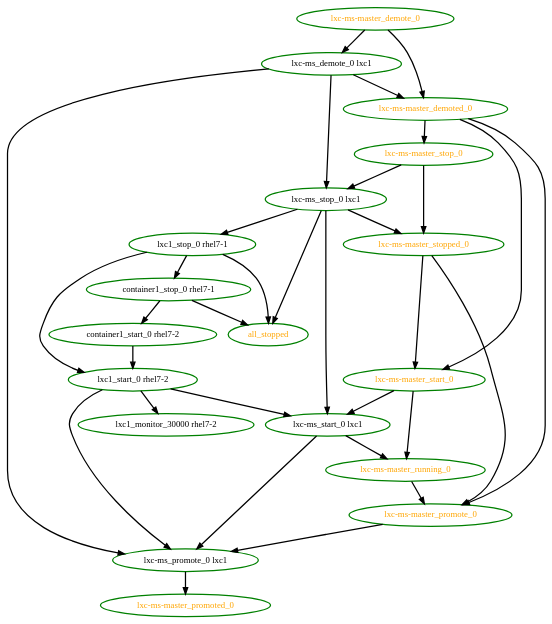
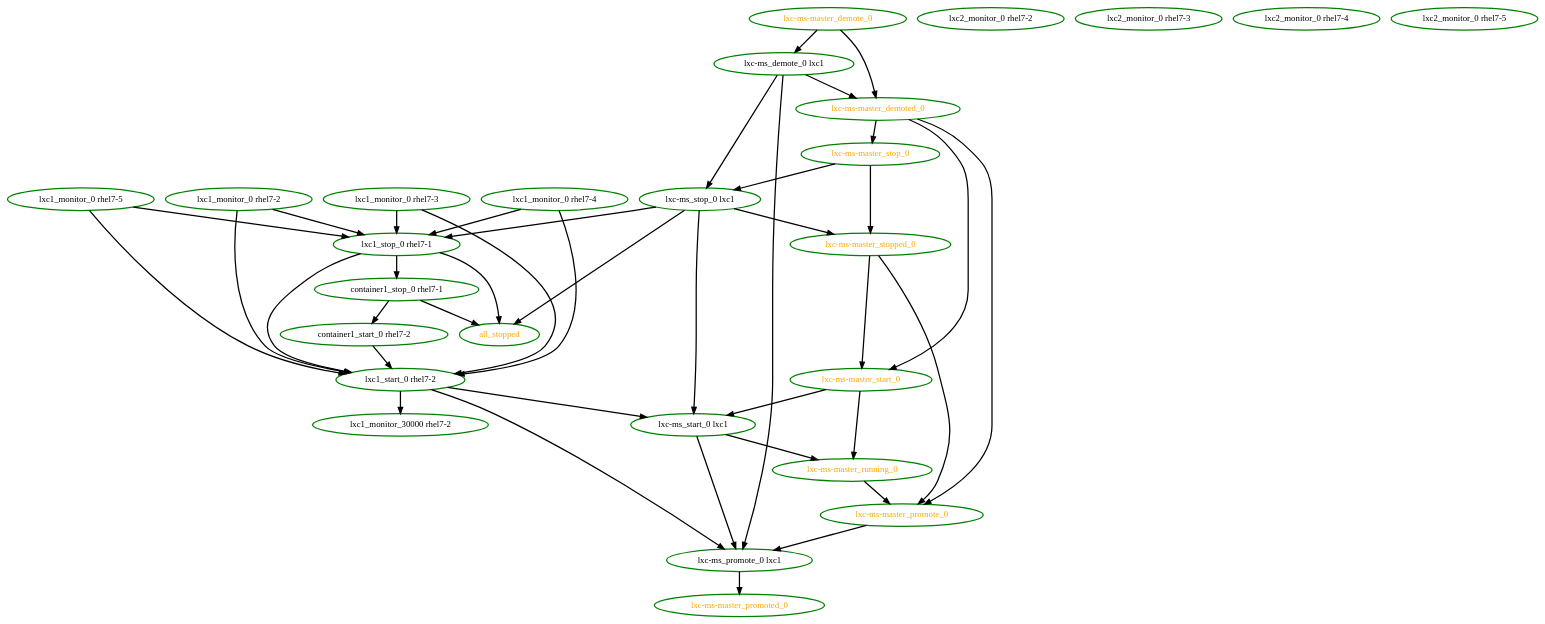
Before and after one commit to ClusterLabs/pacemaker: the diagram in pengine/test10/whitebox-ms-ordering-move.dot, drawn with Graphviz. The commit also changed 23 other files, not shown here.

```diff
--- a/pengine/test10/whitebox-ms-ordering-move.dot
+++ b/pengine/test10/whitebox-ms-ordering-move.dot
@@ -1,52 +1,68 @@
 digraph "g" {
 "all_stopped" [ style=bold color="green" fontcolor="orange"]
 "container1_start_0 rhel7-2" -> "lxc1_start_0 rhel7-2" [ style = bold]
 "container1_start_0 rhel7-2" [ style=bold color="green" fontcolor="black"]
 "container1_stop_0 rhel7-1" -> "all_stopped" [ style = bold]
 "container1_stop_0 rhel7-1" -> "container1_start_0 rhel7-2" [ style = bold]
 "container1_stop_0 rhel7-1" [ style=bold color="green" fontcolor="black"]
 "lxc-ms-master_demote_0" -> "lxc-ms-master_demoted_0" [ style = bold]
 "lxc-ms-master_demote_0" -> "lxc-ms_demote_0 lxc1" [ style = bold]
 "lxc-ms-master_demote_0" [ style=bold color="green" fontcolor="orange"]
 "lxc-ms-master_demoted_0" -> "lxc-ms-master_promote_0" [ style = bold]
 "lxc-ms-master_demoted_0" -> "lxc-ms-master_start_0" [ style = bold]
 "lxc-ms-master_demoted_0" -> "lxc-ms-master_stop_0" [ style = bold]
 "lxc-ms-master_demoted_0" [ style=bold color="green" fontcolor="orange"]
 "lxc-ms-master_promote_0" -> "lxc-ms_promote_0 lxc1" [ style = bold]
 "lxc-ms-master_promote_0" [ style=bold color="green" fontcolor="orange"]
 "lxc-ms-master_promoted_0" [ style=bold color="green" fontcolor="orange"]
 "lxc-ms-master_running_0" -> "lxc-ms-master_promote_0" [ style = bold]
 "lxc-ms-master_running_0" [ style=bold color="green" fontcolor="orange"]
 "lxc-ms-master_start_0" -> "lxc-ms-master_running_0" [ style = bold]
 "lxc-ms-master_start_0" -> "lxc-ms_start_0 lxc1" [ style = bold]
 "lxc-ms-master_start_0" [ style=bold color="green" fontcolor="orange"]
 "lxc-ms-master_stop_0" -> "lxc-ms-master_stopped_0" [ style = bold]
 "lxc-ms-master_stop_0" -> "lxc-ms_stop_0 lxc1" [ style = bold]
 "lxc-ms-master_stop_0" [ style=bold color="green" fontcolor="orange"]
 "lxc-ms-master_stopped_0" -> "lxc-ms-master_promote_0" [ style = bold]
 "lxc-ms-master_stopped_0" -> "lxc-ms-master_start_0" [ style = bold]
 "lxc-ms-master_stopped_0" [ style=bold color="green" fontcolor="orange"]
 "lxc-ms_demote_0 lxc1" -> "lxc-ms-master_demoted_0" [ style = bold]
 "lxc-ms_demote_0 lxc1" -> "lxc-ms_promote_0 lxc1" [ style = bold]
 "lxc-ms_demote_0 lxc1" -> "lxc-ms_stop_0 lxc1" [ style = bold]
 "lxc-ms_demote_0 lxc1" [ style=bold color="green" fontcolor="black"]
 "lxc-ms_promote_0 lxc1" -> "lxc-ms-master_promoted_0" [ style = bold]
 "lxc-ms_promote_0 lxc1" [ style=bold color="green" fontcolor="black"]
 "lxc-ms_start_0 lxc1" -> "lxc-ms-master_running_0" [ style = bold]
 "lxc-ms_start_0 lxc1" -> "lxc-ms_promote_0 lxc1" [ style = bold]
 "lxc-ms_start_0 lxc1" [ style=bold color="green" fontcolor="black"]
 "lxc-ms_stop_0 lxc1" -> "all_stopped" [ style = bold]
 "lxc-ms_stop_0 lxc1" -> "lxc-ms-master_stopped_0" [ style = bold]
 "lxc-ms_stop_0 lxc1" -> "lxc-ms_start_0 lxc1" [ style = bold]
 "lxc-ms_stop_0 lxc1" -> "lxc1_stop_0 rhel7-1" [ style = bold]
 "lxc-ms_stop_0 lxc1" [ style=bold color="green" fontcolor="black"]
+"lxc1_monitor_0 rhel7-2" -> "lxc1_start_0 rhel7-2" [ style = bold]
+"lxc1_monitor_0 rhel7-2" -> "lxc1_stop_0 rhel7-1" [ style = bold]
+"lxc1_monitor_0 rhel7-2" [ style=bold color="green" fontcolor="black"]
+"lxc1_monitor_0 rhel7-3" -> "lxc1_start_0 rhel7-2" [ style = bold]
+"lxc1_monitor_0 rhel7-3" -> "lxc1_stop_0 rhel7-1" [ style = bold]
+"lxc1_monitor_0 rhel7-3" [ style=bold color="green" fontcolor="black"]
+"lxc1_monitor_0 rhel7-4" -> "lxc1_start_0 rhel7-2" [ style = bold]
+"lxc1_monitor_0 rhel7-4" -> "lxc1_stop_0 rhel7-1" [ style = bold]
+"lxc1_monitor_0 rhel7-4" [ style=bold color="green" fontcolor="black"]
+"lxc1_monitor_0 rhel7-5" -> "lxc1_start_0 rhel7-2" [ style = bold]
+"lxc1_monitor_0 rhel7-5" -> "lxc1_stop_0 rhel7-1" [ style = bold]
+"lxc1_monitor_0 rhel7-5" [ style=bold color="green" fontcolor="black"]
 "lxc1_monitor_30000 rhel7-2" [ style=bold color="green" fontcolor="black"]
 "lxc1_start_0 rhel7-2" -> "lxc-ms_promote_0 lxc1" [ style = bold]
 "lxc1_start_0 rhel7-2" -> "lxc-ms_start_0 lxc1" [ style = bold]
 "lxc1_start_0 rhel7-2" -> "lxc1_monitor_30000 rhel7-2" [ style = bold]
 "lxc1_start_0 rhel7-2" [ style=bold color="green" fontcolor="black"]
 "lxc1_stop_0 rhel7-1" -> "all_stopped" [ style = bold]
 "lxc1_stop_0 rhel7-1" -> "container1_stop_0 rhel7-1" [ style = bold]
 "lxc1_stop_0 rhel7-1" -> "lxc1_start_0 rhel7-2" [ style = bold]
 "lxc1_stop_0 rhel7-1" [ style=bold color="green" fontcolor="black"]
+"lxc2_monitor_0 rhel7-2" [ style=bold color="green" fontcolor="black"]
+"lxc2_monitor_0 rhel7-3" [ style=bold color="green" fontcolor="black"]
+"lxc2_monitor_0 rhel7-4" [ style=bold color="green" fontcolor="black"]
+"lxc2_monitor_0 rhel7-5" [ style=bold color="green" fontcolor="black"]
 }
```
